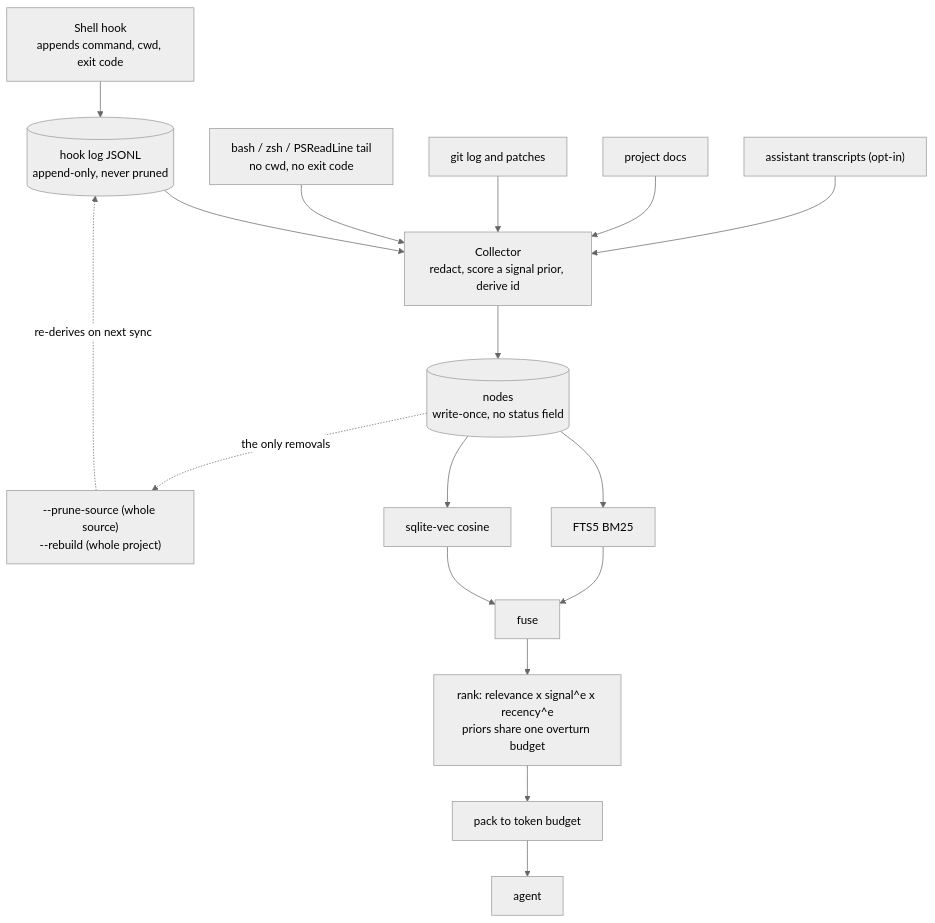
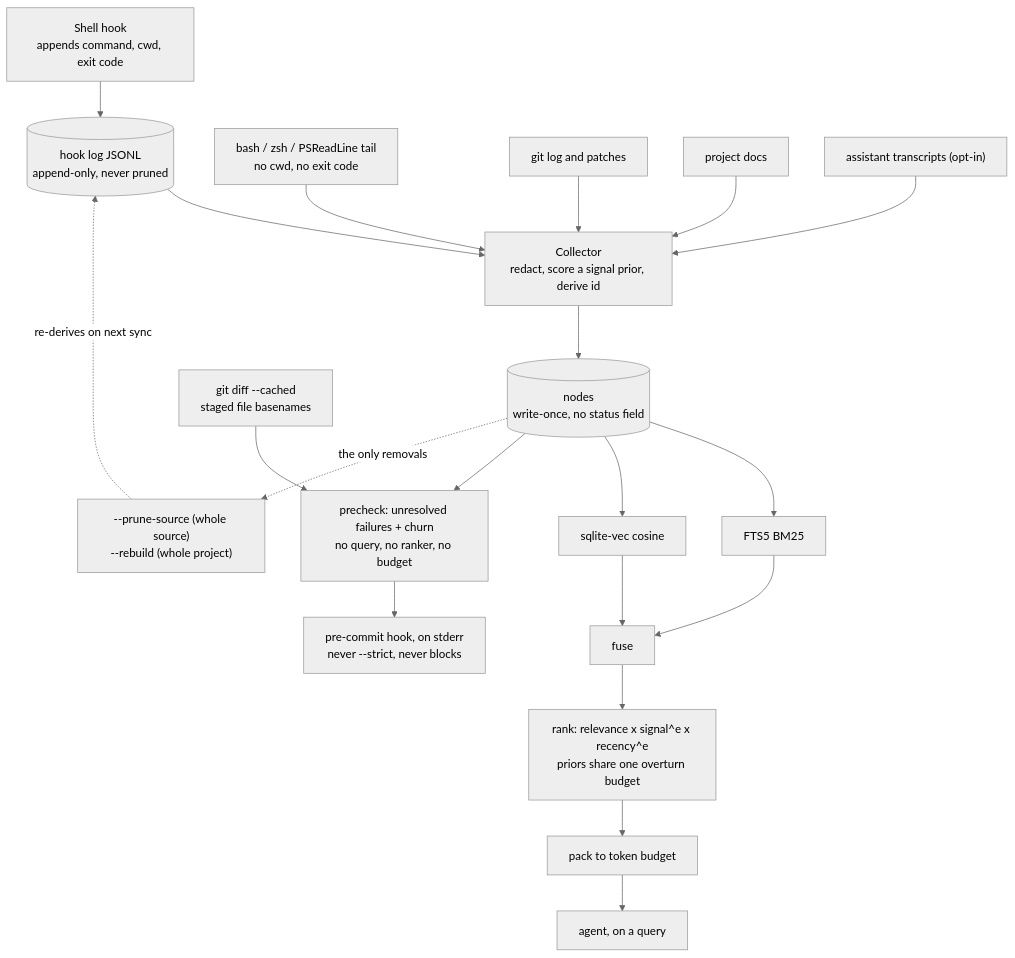
One commit to neoneye/agent-memory-atlas changed the diagram in content/systems/nexusmem.md. Above: the diagram before and after it, drawn with Mermaid (neutral theme). The commit also changed other lines of this file and 22 other files, not shown here.

````diff
--- a/content/systems/nexusmem.md
+++ b/content/systems/nexusmem.md
@@ -89,20 +109,23 @@
 ```mermaid
-%% caption: removal is keyed on the source, the source file survives, and the next full sync re-derives what was pruned
+%% caption: two ways out — a ranked, budgeted answer to a query, and a pre-commit warning nobody asked for — and one way back in, because removal is keyed on the source, the source file survives, and the next full sync re-derives what was pruned
 flowchart TD
     HOOK["Shell hook<br/>appends command, cwd, exit code"] --> LOG[("hook log JSONL<br/>append-only, never pruned")]
     LOG --> COLL
     SCRAPE["bash / zsh / PSReadLine tail<br/>no cwd, no exit code"] --> COLL
     GIT["git log and patches"] --> COLL
     DOCS["project docs"] --> COLL
     CONV["assistant transcripts (opt-in)"] --> COLL
     COLL["Collector<br/>redact, score a signal prior, derive id"] --> N[("nodes<br/>write-once, no status field")]
     N --> FTS["FTS5 BM25"]
     N --> VEC["sqlite-vec cosine"]
     FTS --> FUSE["fuse"]
     VEC --> FUSE
     FUSE --> RANK["rank: relevance x signal^e x recency^e<br/>priors share one overturn budget"]
     RANK --> PACK["pack to token budget"]
-    PACK --> AGENT["agent"]
+    PACK --> AGENT["agent, on a query"]
+    STAGED["git diff --cached<br/>staged file basenames"] --> PRE["precheck: unresolved failures + churn<br/>no query, no ranker, no budget"]
+    N --> PRE
+    PRE --> HOOK2["pre-commit hook, on stderr<br/>never --strict, never blocks"]
     N -. "the only removals" .-> PRUNE["--prune-source (whole source)<br/>--rebuild (whole project)"]
     PRUNE -. "re-derives on next sync" .-> LOG
 ```
````
